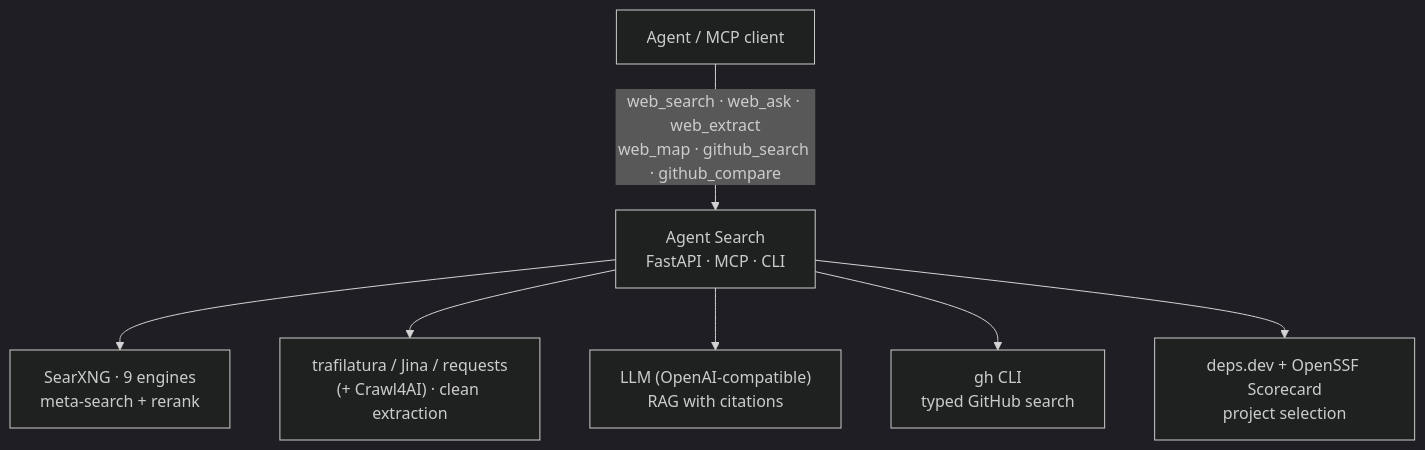
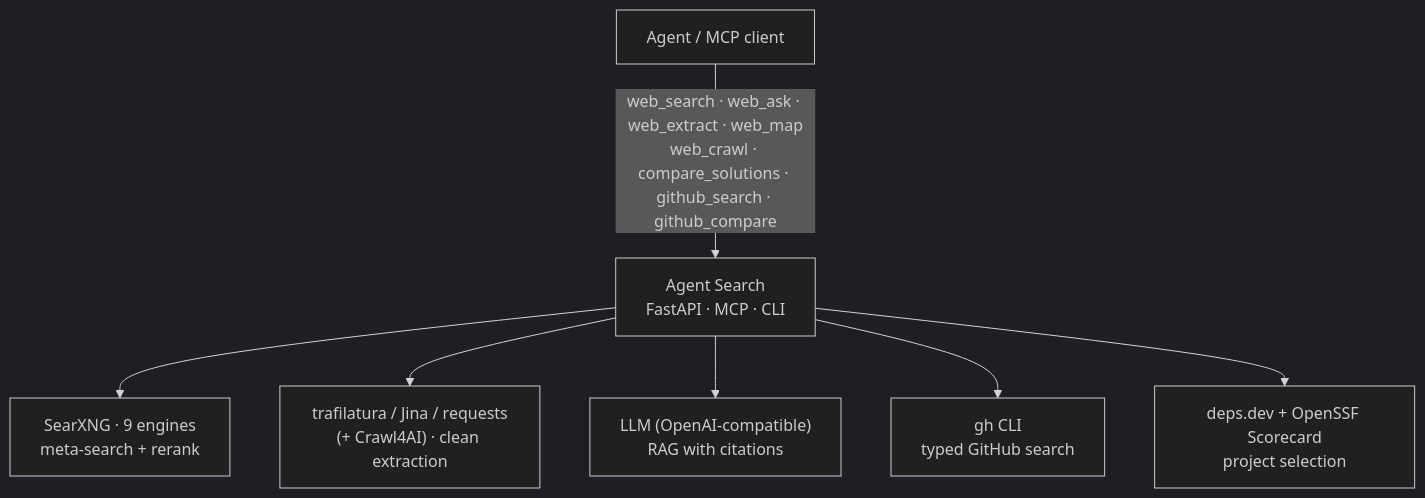
Before and after one commit to cedarsaam/agent-search: the diagram in README.md, drawn with Mermaid (dark theme). The commit also changed other lines of this file and 4 other files, not shown here.

First line of the commit message:
docs: document web_crawl + compare_solutions, typo-tolerance, optional deps

````diff
--- a/README.md
+++ b/README.md
@@ -73,9 +76,9 @@
 ```mermaid
 flowchart TD
-    A["Agent / MCP client"] -->|"web_search · web_ask · web_extract<br/>web_map · github_search · github_compare"| B["Agent Search<br/>FastAPI · MCP · CLI"]
+    A["Agent / MCP client"] -->|"web_search · web_ask · web_extract · web_map<br/>web_crawl · compare_solutions · github_search · github_compare"| B["Agent Search<br/>FastAPI · MCP · CLI"]
     B --> C["SearXNG · 9 engines<br/>meta-search + rerank"]
     B --> D["trafilatura / Jina / requests<br/>(+ Crawl4AI) · clean extraction"]
     B --> E["LLM (OpenAI-compatible)<br/>RAG with citations"]
     B --> F["gh CLI<br/>typed GitHub search"]
     B --> G["deps.dev + OpenSSF Scorecard<br/>project selection"]
 ```
````
